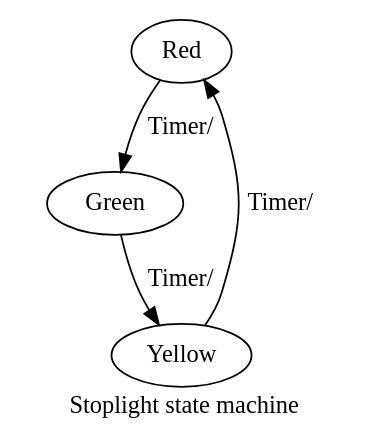
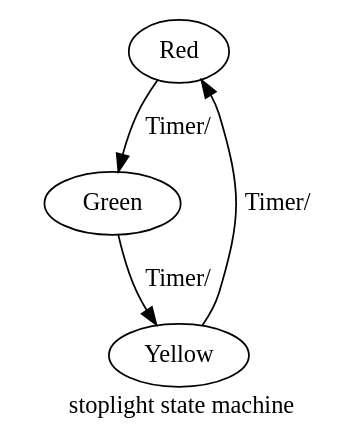
One commit to stevegt/statecraft changed the diagram in example/stoplight/stoplight/stoplight.dot. Above: the diagram before and after it, drawn with Graphviz. The commit also changed 11 other files, not shown here.

```diff
--- a/example/stoplight/stoplight/stoplight.dot
+++ b/example/stoplight/stoplight/stoplight.dot
@@ -1,12 +1,12 @@
 digraph "stoplight" {
-    label="Stoplight state machine";
+    label="stoplight state machine";
     
     Red; // Red
     Yellow; // Yellow
     Green; // Green
 
     
     Red -> Green [label="Timer/"];
     Yellow -> Red [label="Timer/"];
     Green -> Yellow [label="Timer/"];
 }
```
